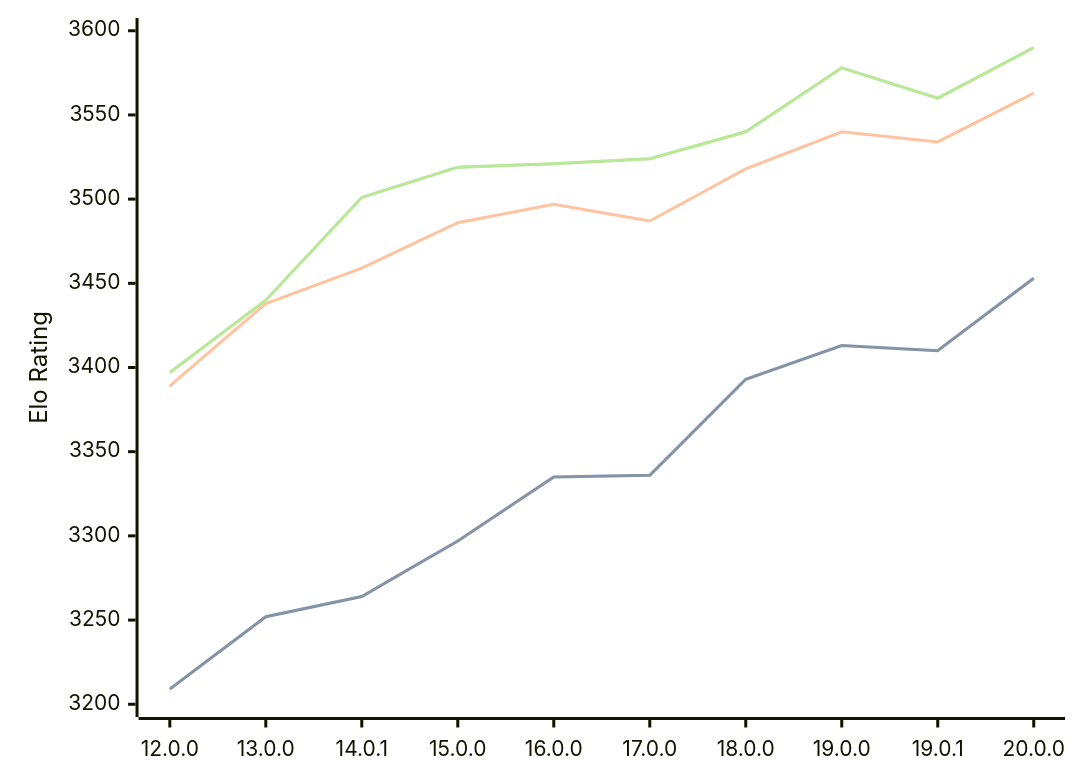
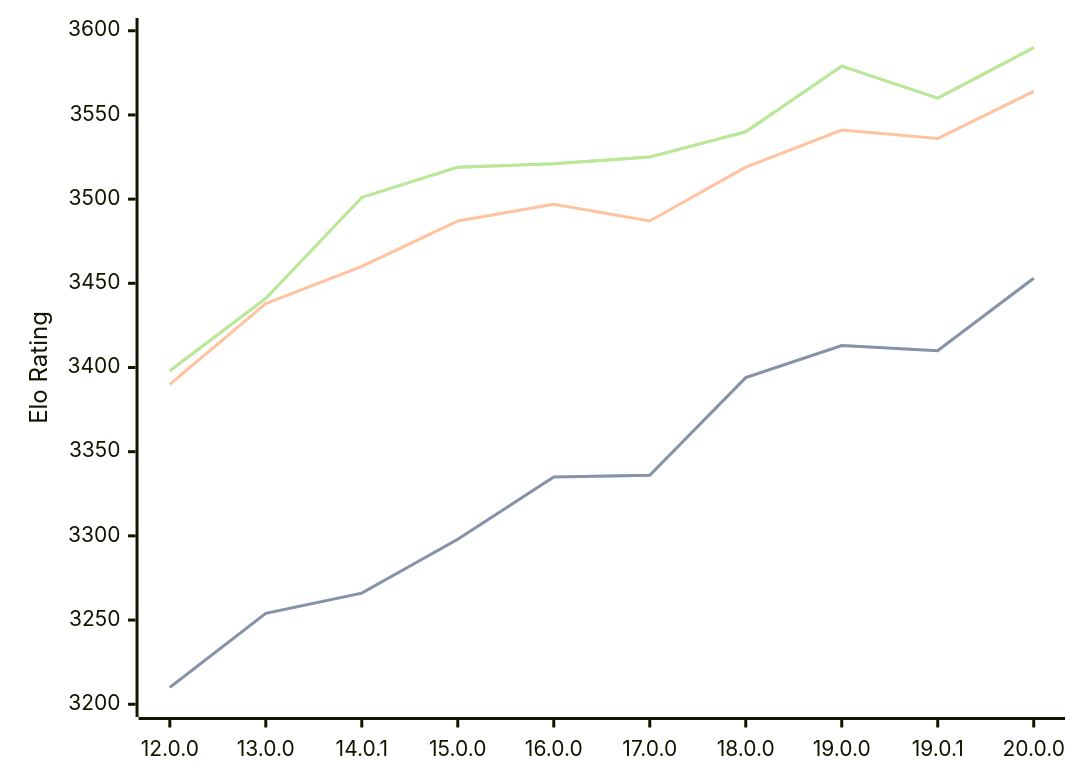
Before and after one commit to computer-chess-index/cci: the diagram in engines/Viridithas.md, drawn with Mermaid. The commit also changed other lines of this file, not shown here.

Commit message:
Update CCI Ratings (ELO VLTC) - 2026-09-14

````diff
--- a/engines/Viridithas.md
+++ b/engines/Viridithas.md
@@ -40,11 +40,11 @@
 ```mermaid
 %%{init: {"theme":"base","themeVariables":{"seriesColors:['#a3a3a3','#222221','#faa371']}}}%%
 xychart-beta
   x-axis ["12.0.0", "13.0.0", "14.0.1", "15.0.0", "16.0.0", "17.0.0", "18.0.0", "19.0.0", "19.0.1", "20.0.0"]
   y-axis "Elo Rating" 3200 --> 3600
-  line "" [3209, 3252, 3264, 3297, 3335, 3336, 3393, 3413, 3410, 3453]
-  line "STC (8.0+0.08s)" [3209, 3252, 3264, 3297, 3335, 3336, 3393, 3413, 3410, 3453]
-  line "LTC (60.0+0.60s)" [3389, 3438, 3459, 3486, 3497, 3487, 3518, 3540, 3534, 3563]
-  line "" [3397, 3440, 3501, 3519, 3521, 3524, 3540, 3578, 3560, 3590]
-  line "VLTC (2m24s+1.12s)" [3397, 3440, 3501, 3519, 3521, 3524, 3540, 3578, 3560, 3590]
+  line "" [3210, 3254, 3266, 3298, 3335, 3336, 3394, 3413, 3410, 3453]
+  line "STC (8.0+0.08s)" [3210, 3254, 3266, 3298, 3335, 3336, 3394, 3413, 3410, 3453]
+  line "LTC (60.0+0.60s)" [3390, 3438, 3460, 3487, 3497, 3487, 3519, 3541, 3536, 3564]
+  line "" [3398, 3441, 3501, 3519, 3521, 3525, 3540, 3579, 3560, 3590]
+  line "VLTC (2m24s+1.12s)" [3398, 3441, 3501, 3519, 3521, 3525, 3540, 3579, 3560, 3590]
 ```
````
